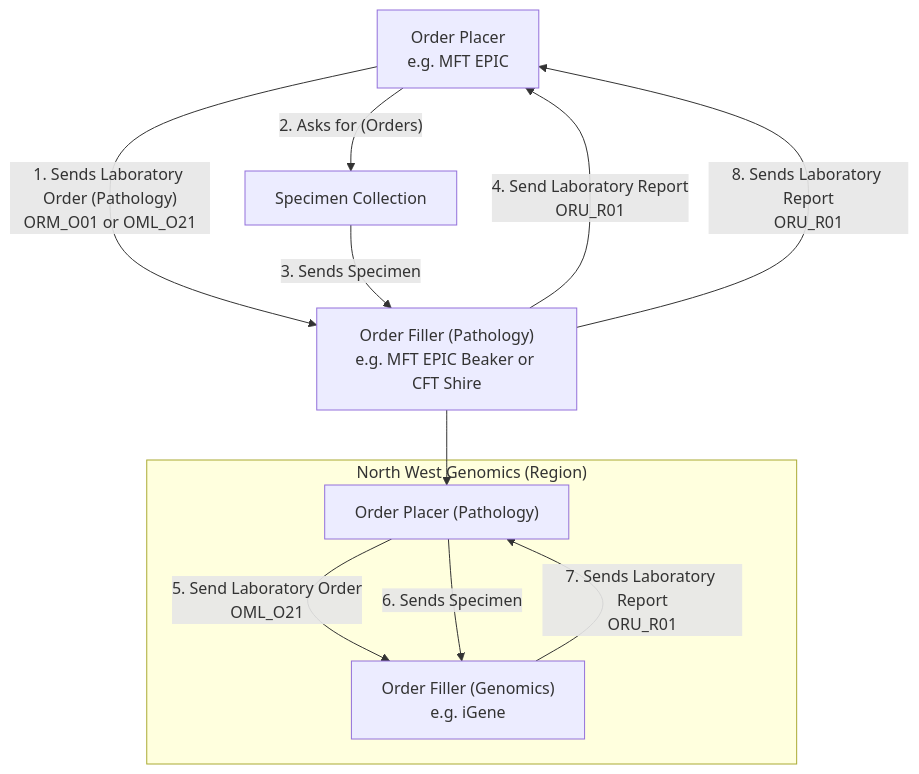
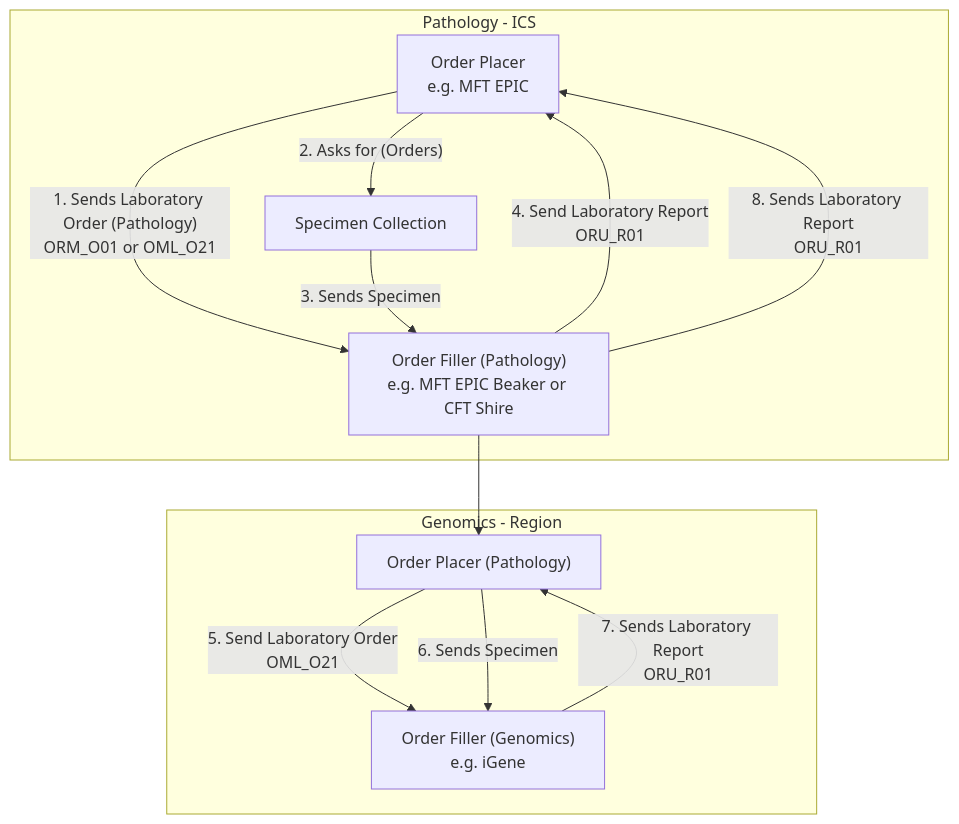
One commit to uk-gov-mirror/nw-gmsa.nw-gmsa.github.com changed the third of 3 diagrams in input/pagecontent/LTW.md. Above: the diagram before and after it, drawn with Mermaid.

Commit message:
tags and keywords

````diff
--- a/input/pagecontent/LTW.md
+++ b/input/pagecontent/LTW.md
@@ -314,16 +314,19 @@
 ```mermaid
+
 graph TD;
-    OrderPlacer[Order Placer<br/>e.g. MFT EPIC] --> |"1. Sends Laboratory Order (Pathology)<br/>ORM_O01 or OML_O21"| OrderFiller["Order Filler (Pathology)<br/>e.g. MFT EPIC Beaker or CFT Shire"]
-    OrderPlacer --> |"2. Asks for (Orders)"| SpecimenCollection
-    SpecimenCollection[Specimen Collection] --> |3. Sends Specimen| OrderFiller
-    OrderFiller --> |4. Send Laboratory Report<br/>ORU_R01| OrderPlacer
-
-    subgraph Genomics["North West Genomics (Region)"]
+    subgraph Pathology["Pathology - ICS"]
+        OrderPlacer[Order Placer<br/>e.g. MFT EPIC] --> |"1. Sends Laboratory Order (Pathology)<br/>ORM_O01 or OML_O21"| OrderFiller["Order Filler (Pathology)<br/>e.g. MFT EPIC Beaker or CFT Shire"]
+        OrderPlacer --> |"2. Asks for (Orders)"| SpecimenCollection
+        SpecimenCollection[Specimen Collection] --> |3. Sends Specimen| OrderFiller
+        OrderFiller --> |4. Send Laboratory Report<br/>ORU_R01| OrderPlacer
+    end 
+    subgraph Genomics["Genomics - Region"]
       OrderPlacerG["Order Placer (Pathology)"] --> |5. Send Laboratory Order<br/>OML_O21| OrderFillerG["Order Filler (Genomics)<br/>e.g. iGene"]
       OrderPlacerG --> |6. Sends Specimen| OrderFillerG
       OrderFillerG --> |7. Sends Laboratory Report<br/>ORU_R01| OrderPlacerG
     end
 
     OrderFiller --> OrderPlacerG
     OrderFiller --> |8. Sends Laboratory Report<br/>ORU_R01| OrderPlacer
+
 ```
````
